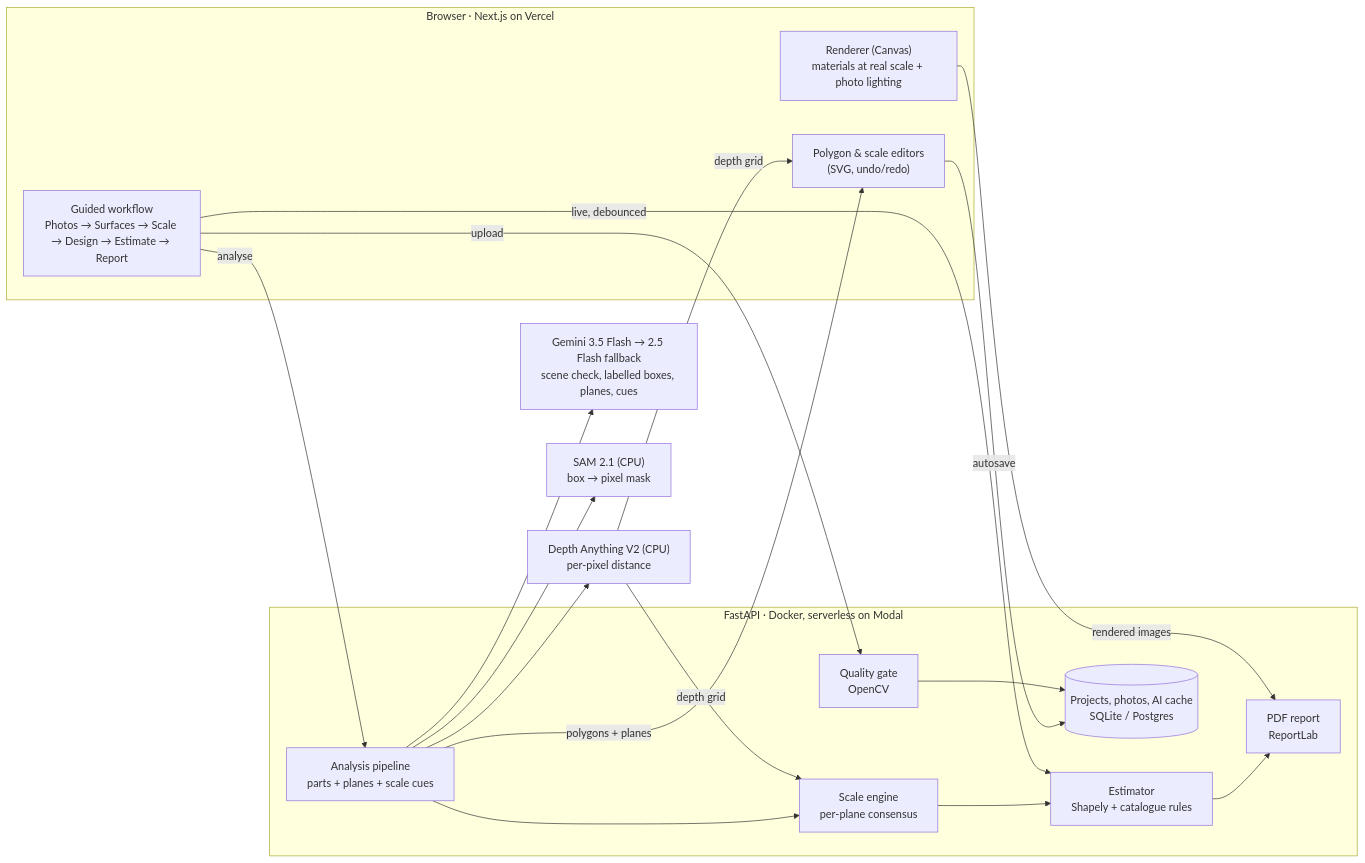
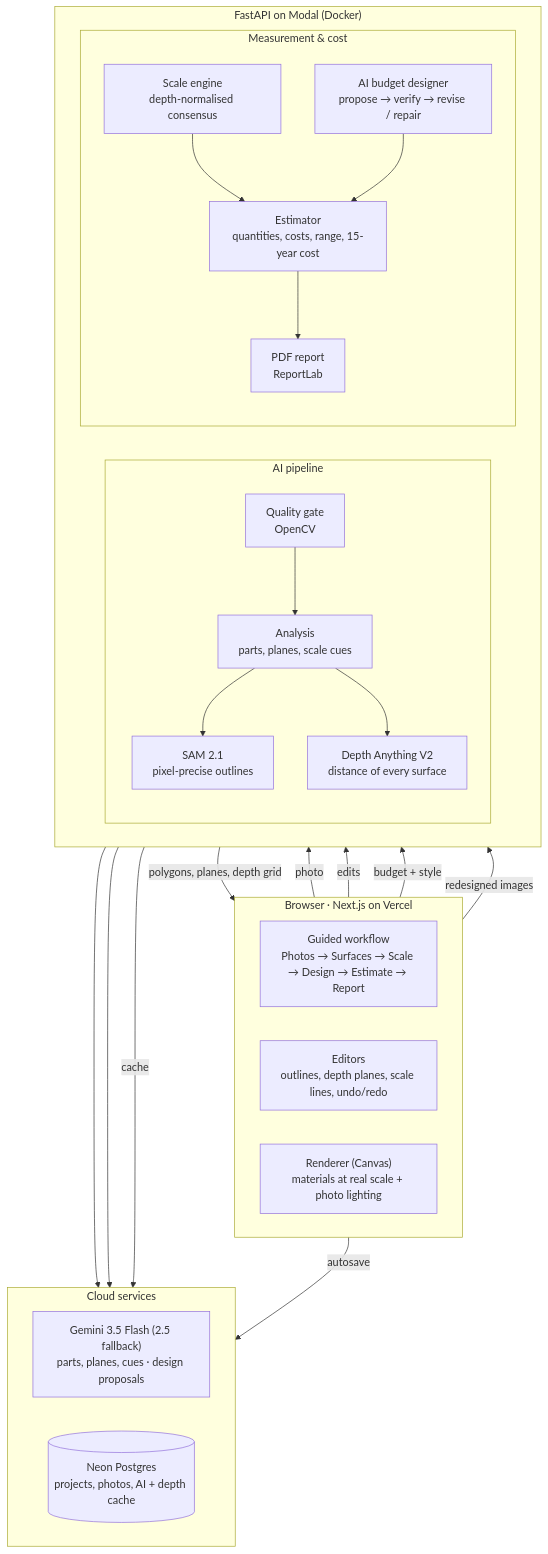
One commit to GOPI-ce/AI-Based-Exterior-House-Renovation-Cost-Estimation-System changed the diagram in README.md. Above: the diagram before and after it, drawn with Mermaid.

Commit message:
Update architecture diagram

````diff
--- a/README.md
+++ b/README.md
@@ -33,32 +33,41 @@
 ```mermaid
-flowchart LR
-  subgraph Browser["Browser · Next.js on Vercel"]
+flowchart TB
+  subgraph WEB["Browser · Next.js on Vercel"]
+    direction LR
     UI["Guided workflow<br/>Photos → Surfaces → Scale → Design → Estimate → Report"]
-    ED["Polygon & scale editors<br/>(SVG, undo/redo)"]
+    ED["Editors<br/>outlines, depth planes, scale lines, undo/redo"]
     RE["Renderer (Canvas)<br/>materials at real scale + photo lighting"]
   end
-  subgraph API["FastAPI · Docker, serverless on Modal"]
-    Q["Quality gate<br/>OpenCV"]
-    AN["Analysis pipeline<br/>parts + planes + scale cues"]
-    SC["Scale engine<br/>per-plane consensus"]
-    EST["Estimator<br/>Shapely + catalogue rules"]
-    PDF["PDF report<br/>ReportLab"]
-    DB[("Projects, photos, AI cache<br/>SQLite / Postgres")]
+
+  subgraph API["FastAPI on Modal (Docker)"]
+    direction LR
+    subgraph PIPE["AI pipeline"]
+      direction TB
+      Q["Quality gate<br/>OpenCV"] --> AN["Analysis<br/>parts, planes, scale cues"]
+      AN --> S["SAM 2.1<br/>pixel-precise outlines"]
+      AN --> D["Depth Anything V2<br/>distance of every surface"]
+    end
+    subgraph COST["Measurement & cost"]
+      direction TB
+      SC["Scale engine<br/>depth-normalised consensus"] --> EST["Estimator<br/>quantities, costs, range, 15-year cost"]
+      AID["AI budget designer<br/>propose → verify → revise / repair"] --> EST
+      EST --> PDF["PDF report<br/>ReportLab"]
+    end
   end
-  G["Gemini 3.5 Flash → 2.5 Flash fallback<br/>scene check, labelled boxes, planes, cues"]
-  S["SAM 2.1 (CPU)<br/>box → pixel mask"]
-  D["Depth Anything V2 (CPU)<br/>per-pixel distance"]
-  UI -->|upload| Q --> DB
-  UI -->|analyse| AN --> G
-  AN --> S
-  AN --> D
-  D -->|depth grid| SC
-  D -->|depth grid| ED
-  AN --> SC
-  AN -->|polygons + planes| ED
+
+  subgraph EXT["Cloud services"]
+    direction LR
+    G["Gemini 3.5 Flash (2.5 fallback)<br/>parts, planes, cues · design proposals"]
+    DB[("Neon Postgres<br/>projects, photos, AI + depth cache")]
+  end
+
+  UI -->|photo| Q
+  AN -->|polygons, planes, depth grid| ED
+  ED -->|edits| SC
+  UI -->|budget + style| AID
+  RE -->|redesigned images| PDF
+  AN --> G
+  AID --> G
   ED -->|autosave| DB
-  UI -->|live, debounced| EST
-  SC --> EST
-  RE -->|rendered images| PDF
-  EST --> PDF
+  AN -->|cache| DB
 ```
````
